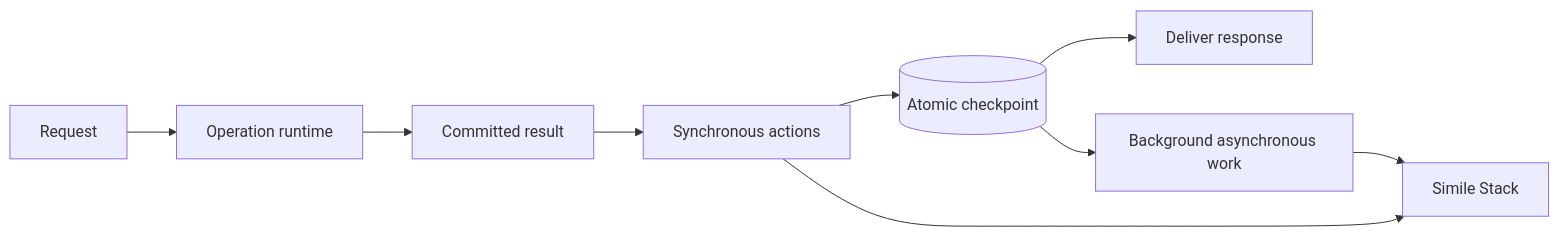
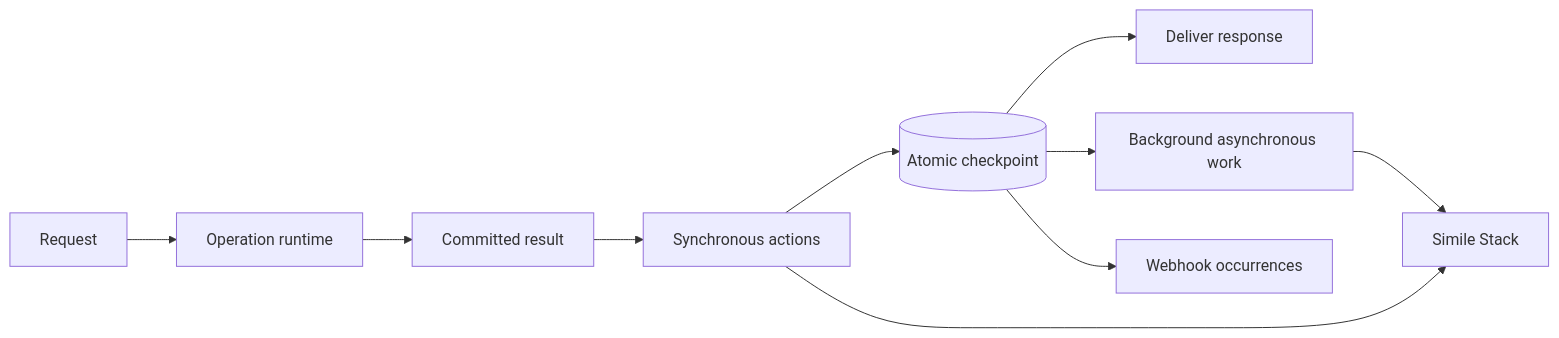
The diagram in docs/dependencies-and-effects.md (inttegro/simile), drawn with Mermaid before and after one commit. The commit also changed other lines of this file and 73 other files, not shown here.

````diff
--- a/docs/dependencies-and-effects.md
+++ b/docs/dependencies-and-effects.md
@@ -11,11 +11,12 @@
 ```mermaid
 flowchart LR
   Request --> Runtime[Operation runtime]
   Runtime --> Result[Committed result]
   Result --> Sync[Synchronous actions]
   Sync --> Checkpoint[(Atomic checkpoint)]
   Checkpoint --> Response[Deliver response]
   Checkpoint --> Async[Background asynchronous work]
+  Checkpoint --> Webhooks[Webhook occurrences]
   Sync --> Stack[Simile Stack]
   Async --> Stack
 ```
````
